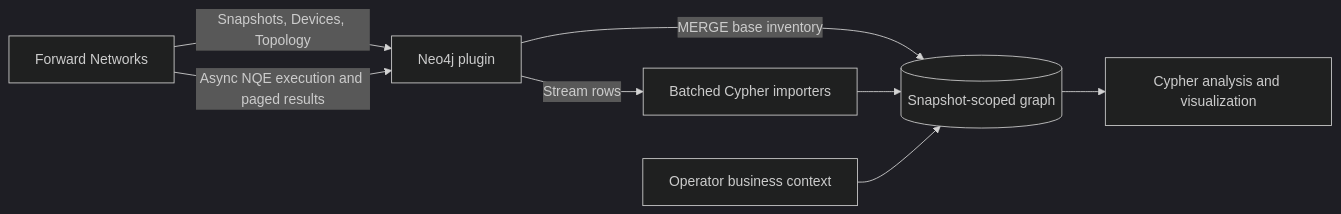
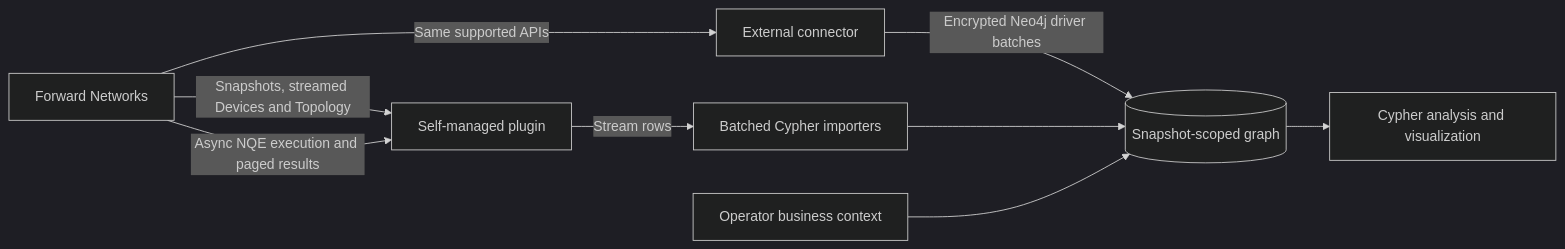
The first of 2 diagrams in docs/ARCHITECTURE.md (forwardnetworks/forward-neo4j), drawn with Mermaid (dark theme) before and after one commit. The commit also changed other lines of this file and 36 other files, not shown here.

````diff
--- a/docs/ARCHITECTURE.md
+++ b/docs/ARCHITECTURE.md
@@ -6,10 +7,11 @@
 ```mermaid
 flowchart LR
-    F[Forward Networks] -->|Snapshots, Devices, Topology| P[Neo4j plugin]
+    F[Forward Networks] -->|Snapshots, streamed Devices and Topology| P[Self-managed plugin]
     F -->|Async NQE execution and paged results| P
-    P -->|MERGE base inventory| G[(Snapshot-scoped graph)]
+    F -->|Same supported APIs| X[External connector]
+    X -->|Encrypted Neo4j driver batches| G[(Snapshot-scoped graph)]
     P -->|Stream rows| C[Batched Cypher importers]
     C --> G
     B[Operator business context] --> G
     G --> A[Cypher analysis and visualization]
 ```
````
